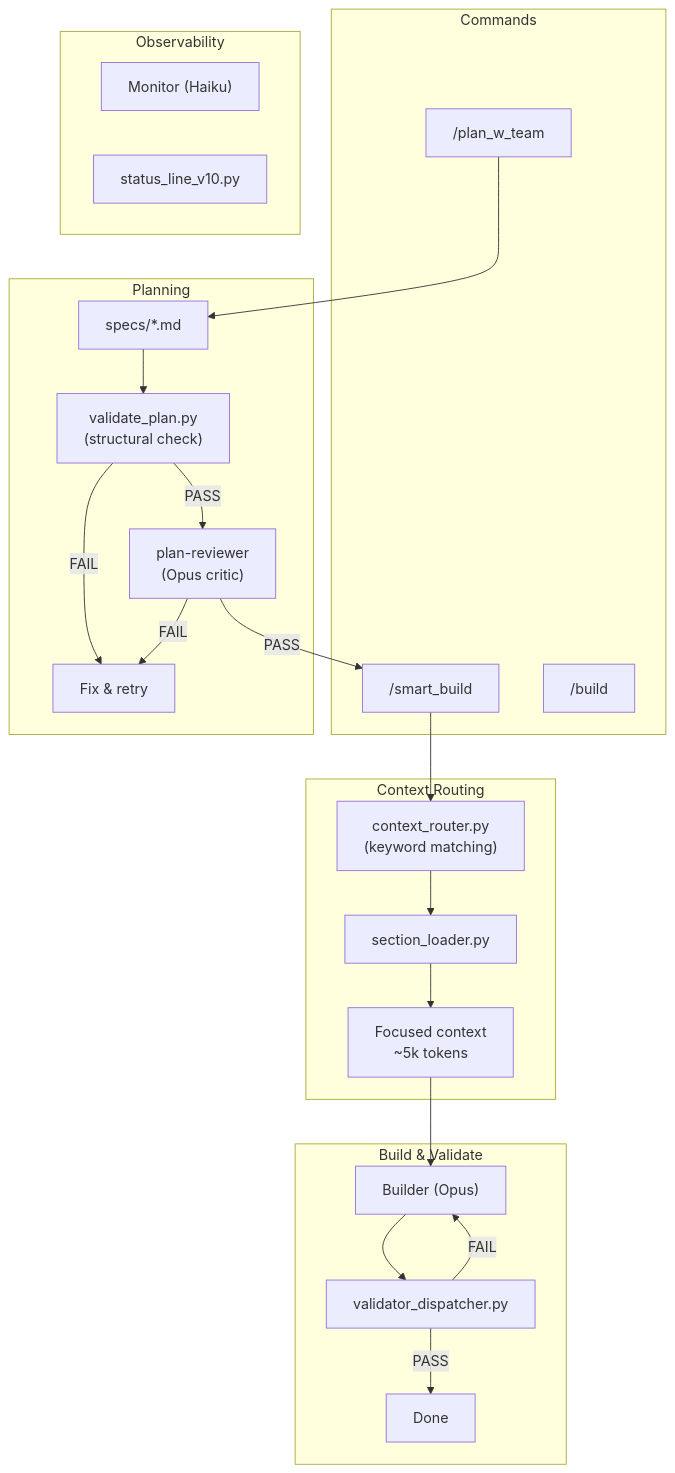
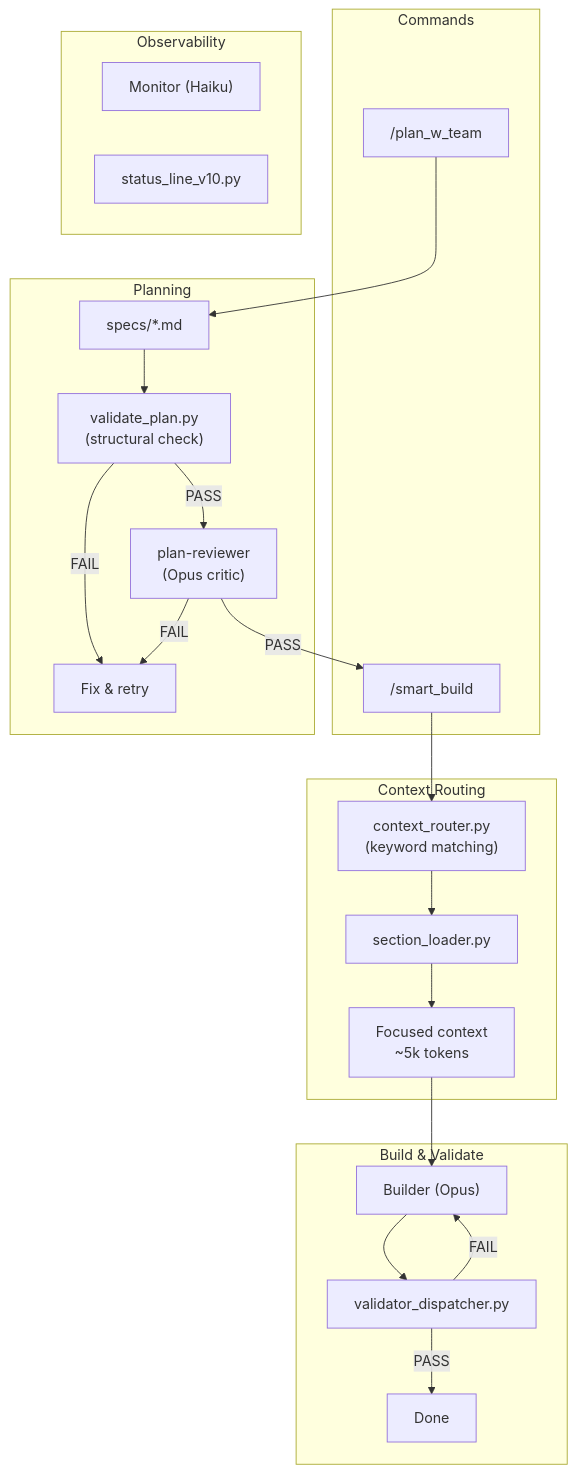
One commit to a-simeshin/claude-code-hooks-mastery changed the first of 2 diagrams in README.md. Above: the diagram before and after it, drawn with Mermaid.

Commit message:
fix: Remove /build from architecture diagram, keep /smart_build only

````diff
--- a/README.md
+++ b/README.md
@@ -22,35 +22,34 @@
 ```mermaid
 flowchart TB
     subgraph Commands
         plan["/plan_w_team"]
         smart["/smart_build"]
-        build["/build"]
     end
 
     subgraph Planning
         plan --> spec["specs/*.md"]
         spec --> vp["validate_plan.py<br/>(structural check)"]
         vp -->|PASS| pr["plan-reviewer<br/>(Opus critic)"]
         pr -->|PASS| smart
         vp -->|FAIL| fix["Fix & retry"]
         pr -->|FAIL| fix
     end
 
     subgraph "Context Routing"
         smart --> cr["context_router.py<br/>(keyword matching)"]
         cr --> sl["section_loader.py"]
         sl --> ctx["Focused context<br/>~5k tokens"]
     end
 
     subgraph "Build & Validate"
         ctx --> builder["Builder (Opus)"]
         builder --> vd["validator_dispatcher.py"]
         vd -->|FAIL| builder
         vd -->|PASS| done["Done"]
     end
 
     subgraph Observability
         monitor["Monitor (Haiku)"]
         status["status_line_v10.py"]
     end
 ```
````
